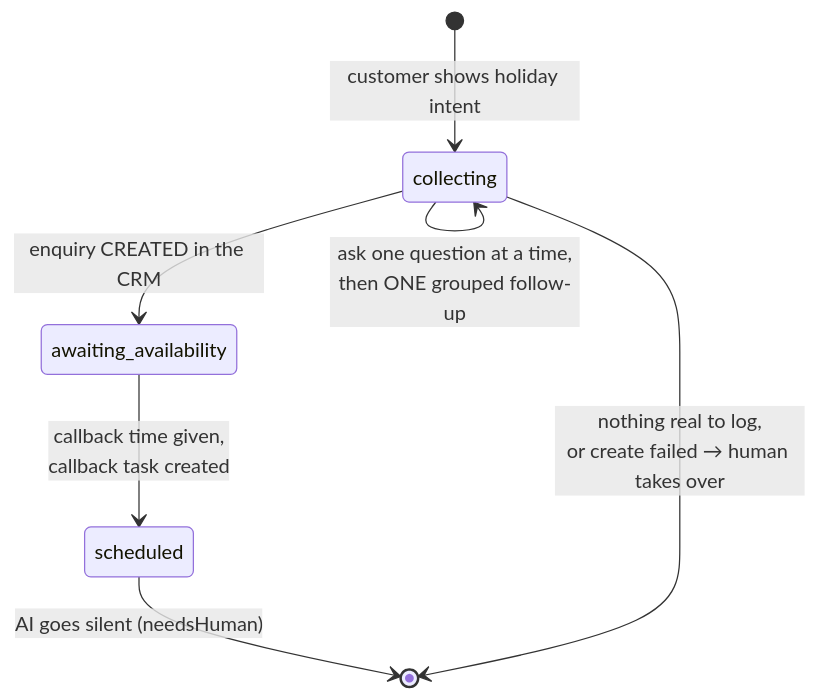
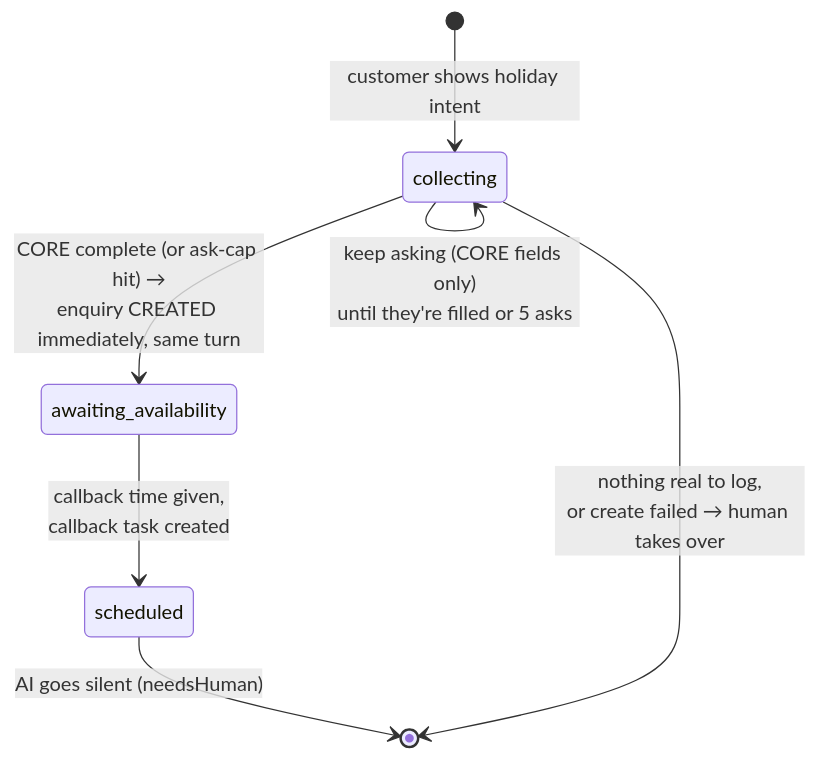
Before and after one commit to Jhay1413/travana-V2: the fourth of 7 diagrams in docs/ai-architecture.md, drawn with Mermaid. The commit also changed other lines of this file and 39 other files, not shown here.

````diff
--- a/docs/ai-architecture.md
+++ b/docs/ai-architecture.md
@@ -145,9 +202,9 @@
 ```mermaid
 stateDiagram-v2
     [*] --> collecting : customer shows holiday intent
-    collecting --> collecting : ask one question at a time,<br/>then ONE grouped follow-up
-    collecting --> awaiting_availability : enquiry CREATED in the CRM
+    collecting --> collecting : keep asking (CORE fields only)<br/>until they're filled or 5 asks
+    collecting --> awaiting_availability : CORE complete (or ask-cap hit) →<br/>enquiry CREATED immediately, same turn
     awaiting_availability --> scheduled : callback time given,<br/>callback task created
     scheduled --> [*] : AI goes silent (needsHuman)
     collecting --> [*] : nothing real to log,<br/>or create failed → human takes over
 ```
````
